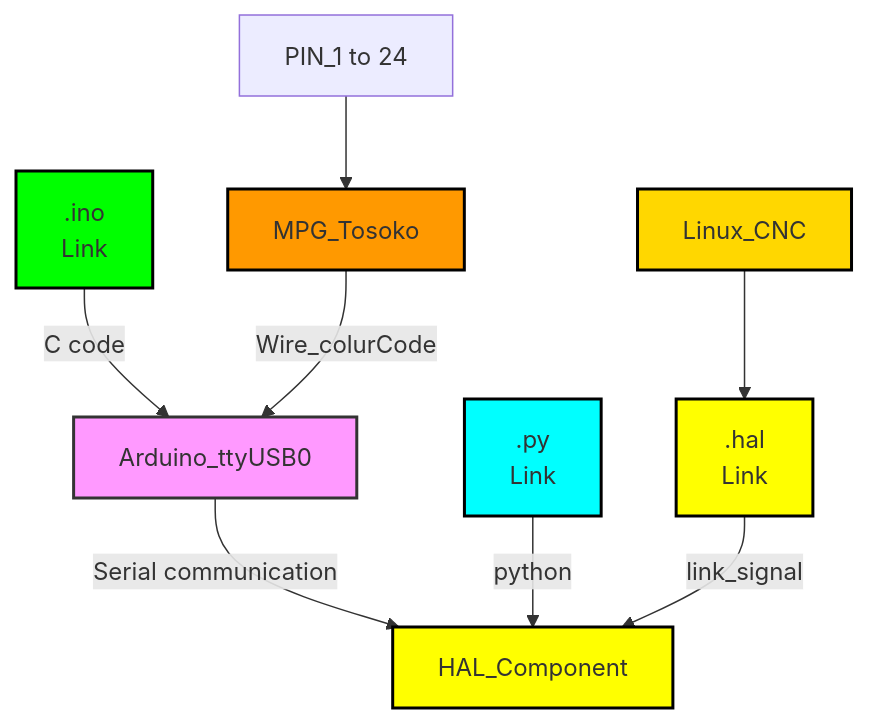
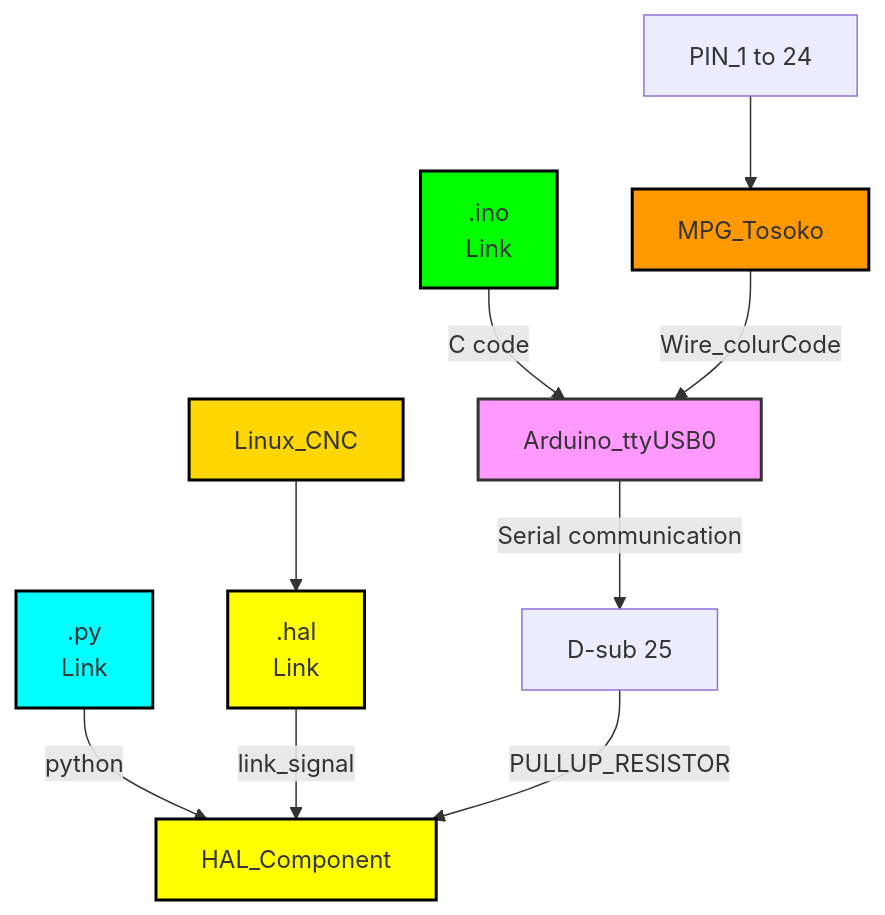
Before and after one commit to Tpj-root/MPG_pendant: the diagram in README.md, drawn with Mermaid.

````diff
--- a/README.md
+++ b/README.md
@@ -274,19 +274,21 @@
 ```mermaid
 graph TD;
     style A fill:#f9f,stroke:#333,stroke-width:2px;
     style B fill:#ff0,stroke:#000,stroke-width:2px;
     style C fill:#0f0,stroke:#000,stroke-width:2px;
     style D fill:#0ff,stroke:#000,stroke-width:2px;
     style E fill:#f90,stroke:#000,stroke-width:2px;
     style F fill:#ff0,stroke:#000,stroke-width:2px;
     style G fill:#FFD700,stroke:#000,stroke-width:2px;
     
-    A[Arduino_ttyUSB0] --> |Serial communication| B[HAL_Component]
+    A[Arduino_ttyUSB0] --> |Serial communication| H
     C[.ino<br><a src="/Setup/LinuxCNC_encoder_ALL_pinout/LinuxCNC_encoder_ALL_pinout.ino">Link</a>]  --> |C code|A
     D[.py<br><a src="/Setup/LinuxCNC_encoder_ALL_pinout/arduino_All_ttyUSB0">Link</a>]  --> |python| B
     E[MPG_Tosoko] --> |Wire_colurCode|A
     Pin_1[PIN_1 to 24]  --> E
     F[.hal<br><a src="/Setup/LinuxCNC_encoder_ALL_pinout/mpg.sh">Link</a>] --> |link_signal|B
     G[Linux_CNC] --> F
+    H[D-sub 25]  --> |PULLUP_RESISTOR| B[HAL_Component]
+    
     
 ```
````
